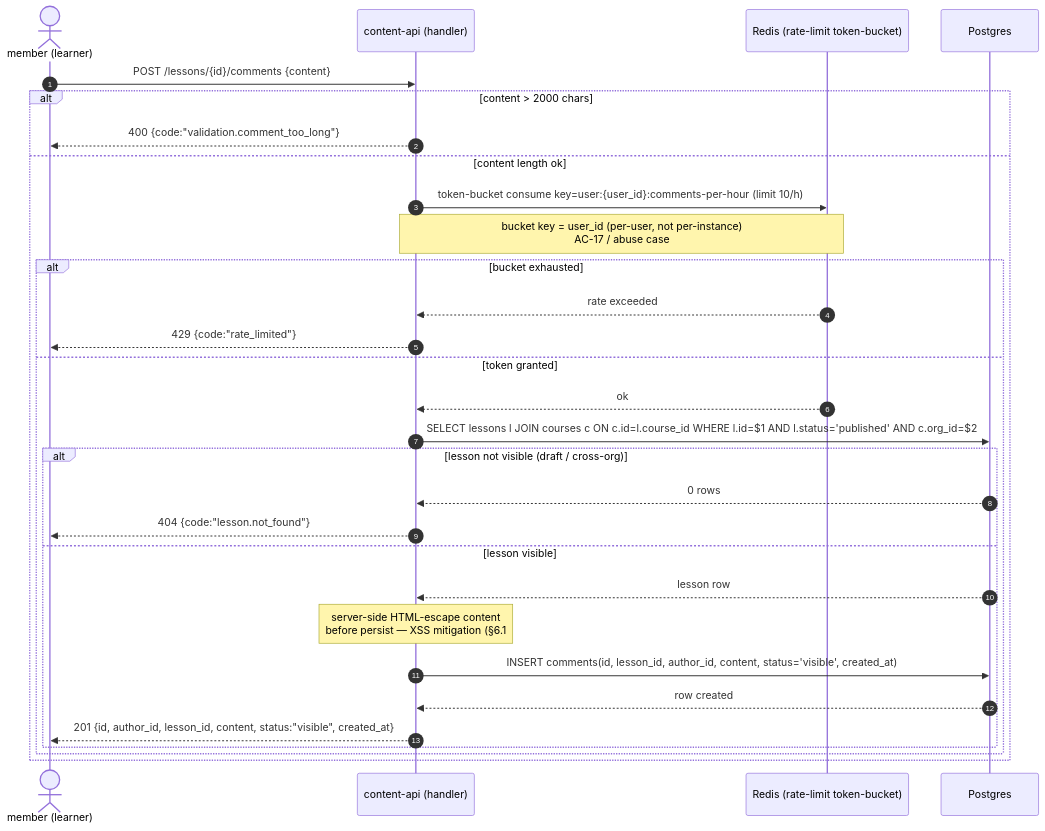
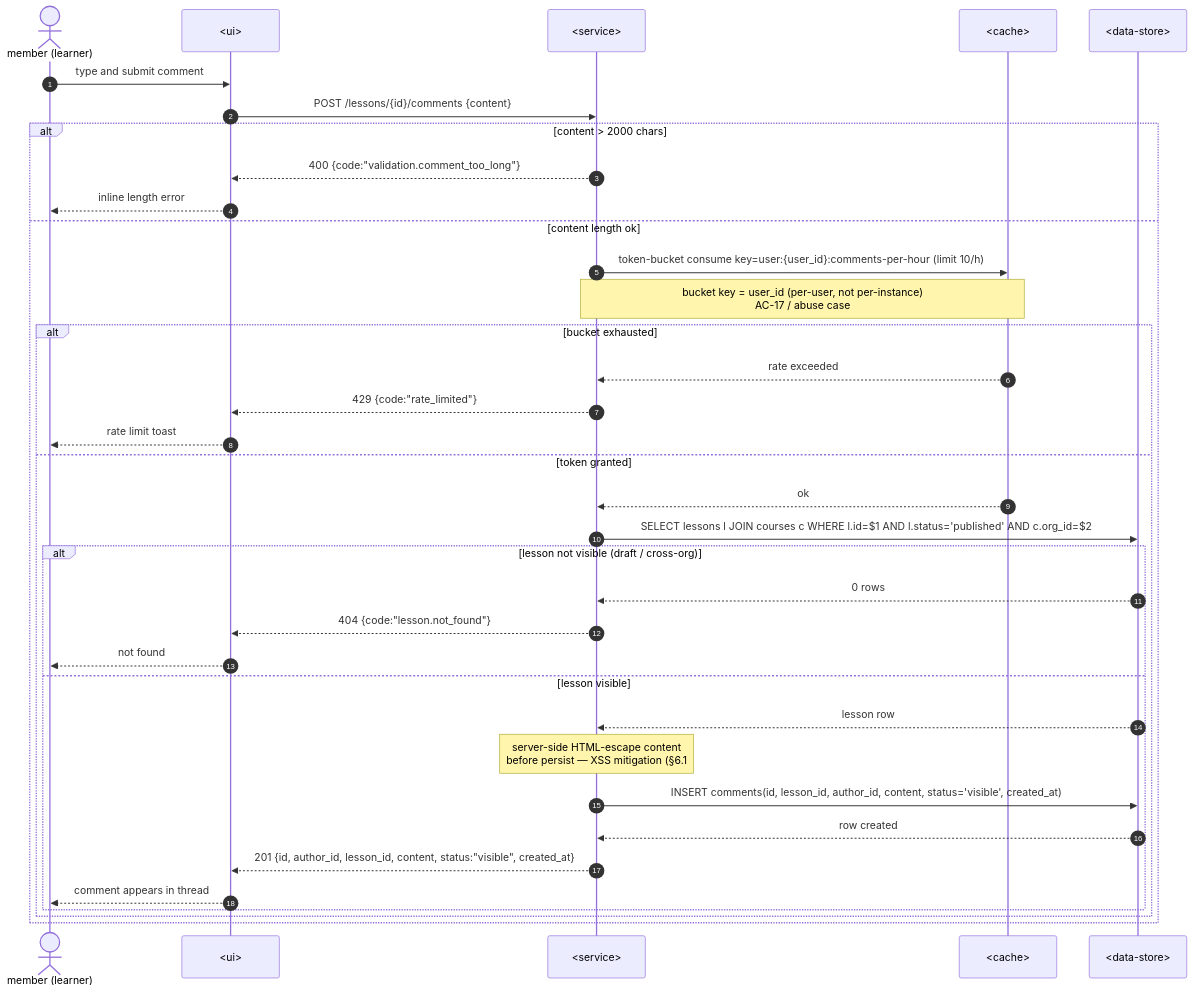
One commit to genkovich/agentic-engineering-course-public changed diagram 11 of 13 in modules/6-sdlc/sdlc/examples/course-lesson-mvp/sad.md. Above: the diagram before and after it, drawn with Mermaid. The commit also changed other lines of this file and 139 other files, not shown here.

First line of the commit message:
sdlc: синк плагіна до v4.5.1 (21 skill, agents, map-architecture)

````diff
--- a/modules/6-sdlc/sdlc/examples/course-lesson-mvp/sad.md
+++ b/modules/6-sdlc/sdlc/examples/course-lesson-mvp/sad.md
@@ -442,34 +496,39 @@
 ```mermaid
 sequenceDiagram
     autonumber
     actor LRN as member (learner)
-    participant API as content-api (handler)
-    participant RDS as Redis (rate-limit token-bucket)
-    participant DB as Postgres
+    participant UI as <ui>
+    participant SVC as <service>
+    participant CACHE as <cache>
+    participant DS as <data-store>
 
-    %% TODO: align with openapi.yaml — POST /lessons/{id}/comments not yet in contract
-    LRN->>API: POST /lessons/{id}/comments {content}
+    LRN->>UI: type and submit comment
+    UI->>SVC: POST /lessons/{id}/comments {content}
     alt content > 2000 chars
-        API-->>LRN: 400 {code:"validation.comment_too_long"}
+        SVC-->>UI: 400 {code:"validation.comment_too_long"}
+        UI-->>LRN: inline length error
     else content length ok
-        API->>RDS: token-bucket consume key=user:{user_id}:comments-per-hour (limit 10/h)
-        Note over API, RDS: bucket key = user_id (per-user, not per-instance)<br/>AC-17 / abuse case #8
+        SVC->>CACHE: token-bucket consume key=user:{user_id}:comments-per-hour (limit 10/h)
+        Note over SVC, CACHE: bucket key = user_id (per-user, not per-instance)<br/>AC-17 / abuse case #8
         alt bucket exhausted
-            RDS-->>API: rate exceeded
-            API-->>LRN: 429 {code:"rate_limited"}
+            CACHE-->>SVC: rate exceeded
+            SVC-->>UI: 429 {code:"rate_limited"}
+            UI-->>LRN: rate limit toast
         else token granted
-            RDS-->>API: ok
-            API->>DB: SELECT lessons l JOIN courses c ON c.id=l.course_id WHERE l.id=$1 AND l.status='published' AND c.org_id=$2
+            CACHE-->>SVC: ok
+            SVC->>DS: SELECT lessons l JOIN courses c WHERE l.id=$1 AND l.status='published' AND c.org_id=$2
             alt lesson not visible (draft / cross-org)
-                DB-->>API: 0 rows
-                API-->>LRN: 404 {code:"lesson.not_found"}
+                DS-->>SVC: 0 rows
+                SVC-->>UI: 404 {code:"lesson.not_found"}
+                UI-->>LRN: not found
             else lesson visible
-                DB-->>API: lesson row
-                Note over API: server-side HTML-escape content<br/>before persist — XSS mitigation (§6.1 #7)
-                API->>DB: INSERT comments(id, lesson_id, author_id, content, status='visible', created_at)
-                DB-->>API: row created
-                API-->>LRN: 201 {id, author_id, lesson_id, content, status:"visible", created_at}
+                DS-->>SVC: lesson row
+                Note over SVC: server-side HTML-escape content<br/>before persist — XSS mitigation (§6.1 #7)
+                SVC->>DS: INSERT comments(id, lesson_id, author_id, content, status='visible', created_at)
+                DS-->>SVC: row created
+                SVC-->>UI: 201 {id, author_id, lesson_id, content, status:"visible", created_at}
+                UI-->>LRN: comment appears in thread
             end
         end
     end
 ```
````
